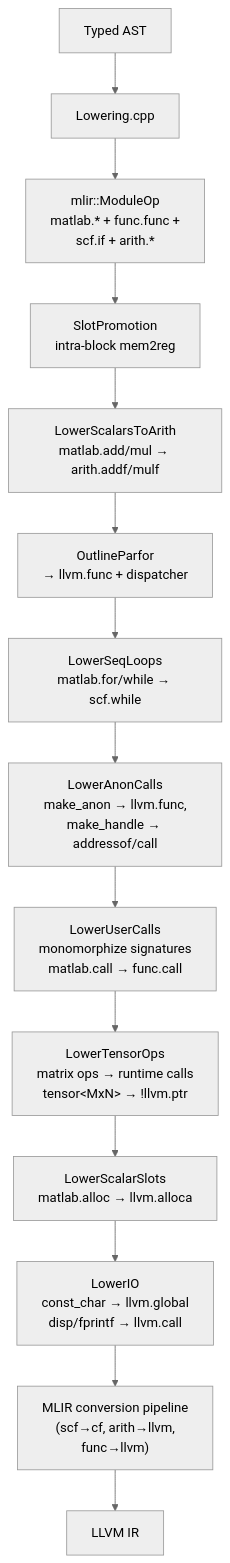
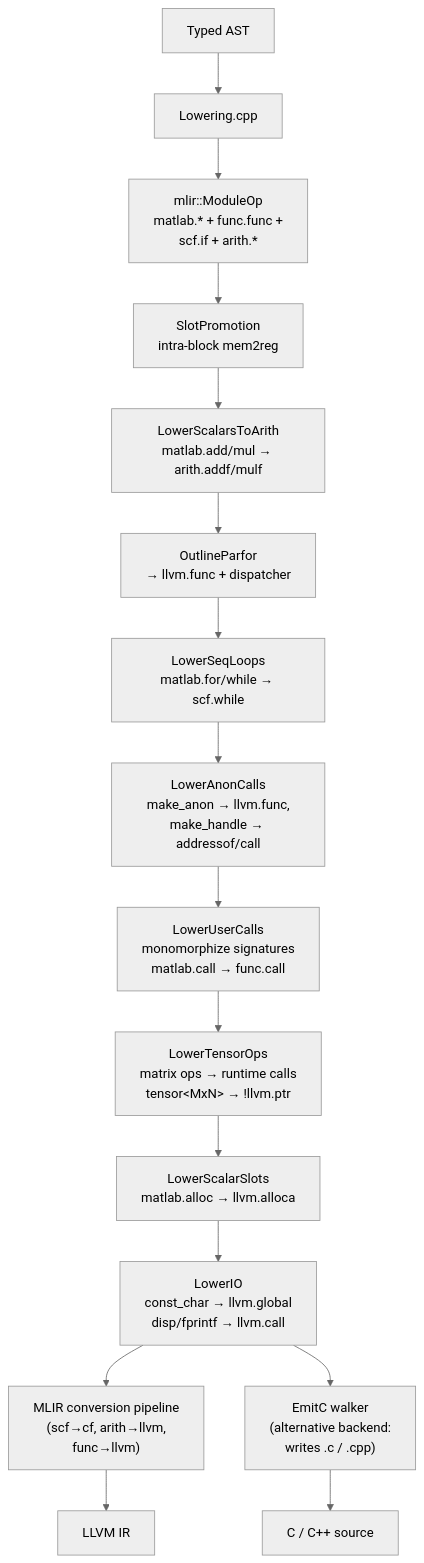
The fourth of 4 diagrams in README.md (leonardoaraujosantos/matlab_llvm), drawn with Mermaid (neutral theme) before and after one commit. The commit also changed other lines of this file and 1 other file, not shown here.

````diff
--- a/README.md
+++ b/README.md
@@ -489,16 +491,18 @@
 ```mermaid
 flowchart TD
   AST[Typed AST] --> LowerMLIR[Lowering.cpp]
   LowerMLIR --> Mod["mlir::ModuleOp<br/>matlab.* + func.func +<br/>scf.if + arith.*"]
   Mod --> SlotProm[SlotPromotion<br/>intra-block mem2reg]
   SlotProm --> ToArith[LowerScalarsToArith<br/>matlab.add/mul → arith.addf/mulf]
   ToArith --> OutlinePF[OutlineParfor<br/>→ llvm.func + dispatcher]
   OutlinePF --> SeqLoops[LowerSeqLoops<br/>matlab.for/while → scf.while]
   SeqLoops --> AnonCalls[LowerAnonCalls<br/>make_anon → llvm.func,<br/>make_handle → addressof/call]
   AnonCalls --> UserCalls[LowerUserCalls<br/>monomorphize signatures<br/>matlab.call → func.call]
   UserCalls --> TensorOps[LowerTensorOps<br/>matrix ops → runtime calls<br/>tensor&lt;MxN&gt; → !llvm.ptr]
   TensorOps --> ScalarSlots[LowerScalarSlots<br/>matlab.alloc → llvm.alloca]
   ScalarSlots --> IO[LowerIO<br/>const_char → llvm.global<br/>disp/fprintf → llvm.call]
   IO --> ConvertPipeline["MLIR conversion pipeline<br/>(scf→cf, arith→llvm,<br/>func→llvm)"]
+  IO --> EmitCOut["EmitC walker<br/>(alternative backend:<br/>writes .c / .cpp)"]
   ConvertPipeline --> LLVMIR[LLVM IR]
+  EmitCOut --> CSource["C / C++ source"]
 ```
````
